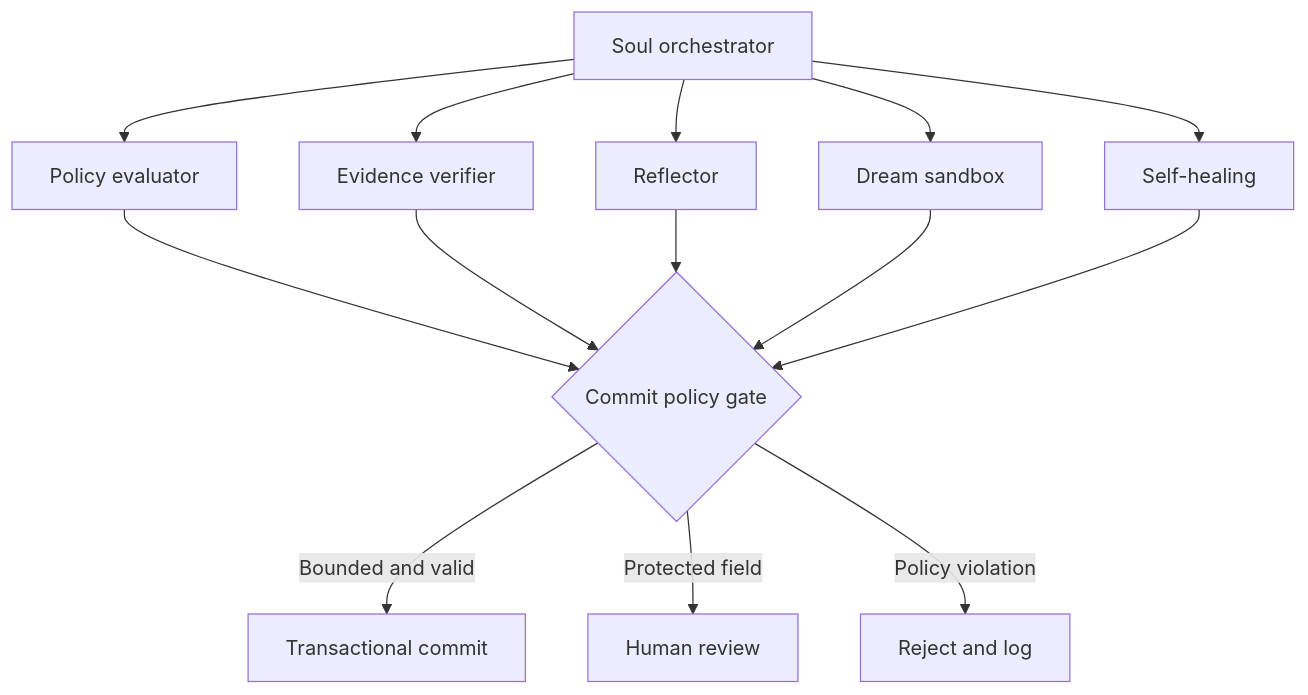
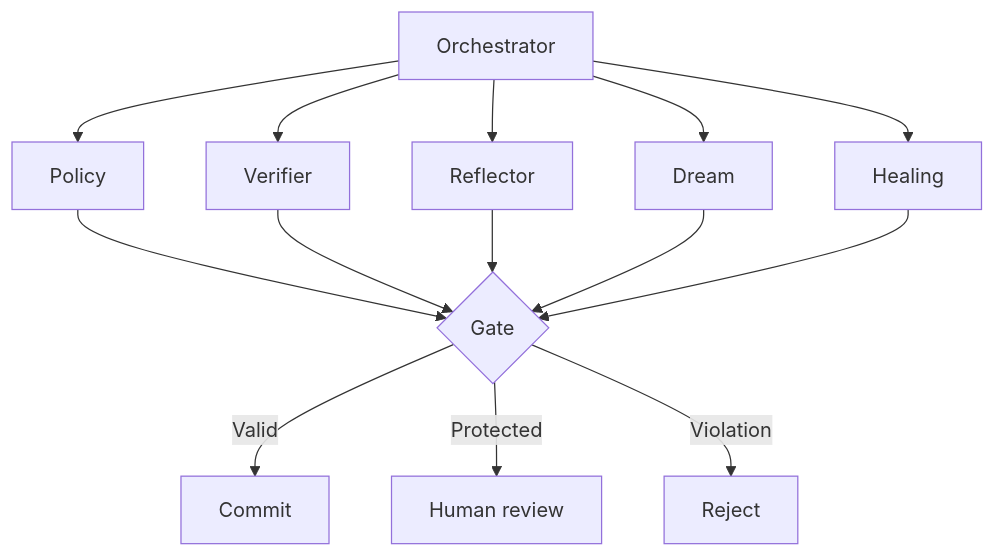
One commit to Azhonaras/soul-engine changed the eighth of 8 diagrams in docs/ARCHITECTURE.md. Above: the diagram before and after it, drawn with Mermaid. The commit also changed other lines of this file and 4 other files, not shown here.

First line of the commit message:
docs: stop Mermaid labels from overlapping on GitHub.

````diff
--- a/docs/ARCHITECTURE.md
+++ b/docs/ARCHITECTURE.md
@@ -553,17 +512,17 @@
 ```mermaid
 flowchart TD
-    orchestrator["Soul orchestrator"]
-    orchestrator --> policy["Policy evaluator"]
-    orchestrator --> verifier["Evidence verifier"]
+    orchestrator["Orchestrator"]
+    orchestrator --> policy["Policy"]
+    orchestrator --> verifier["Verifier"]
     orchestrator --> reflector["Reflector"]
-    orchestrator --> dream["Dream sandbox"]
-    orchestrator --> healer["Self-healing"]
-    policy --> gate{"Commit policy gate"}
+    orchestrator --> dream["Dream"]
+    orchestrator --> healer["Healing"]
+    policy --> gate{"Gate"}
     verifier --> gate
     reflector --> gate
     dream --> gate
     healer --> gate
-    gate -->|"Bounded and valid"| commit["Transactional commit"]
-    gate -->|"Protected field"| review["Human review"]
-    gate -->|"Policy violation"| reject["Reject and log"]
+    gate -->|Valid| commit["Commit"]
+    gate -->|Protected| review["Human review"]
+    gate -->|Violation| reject["Reject"]
 ```
````
